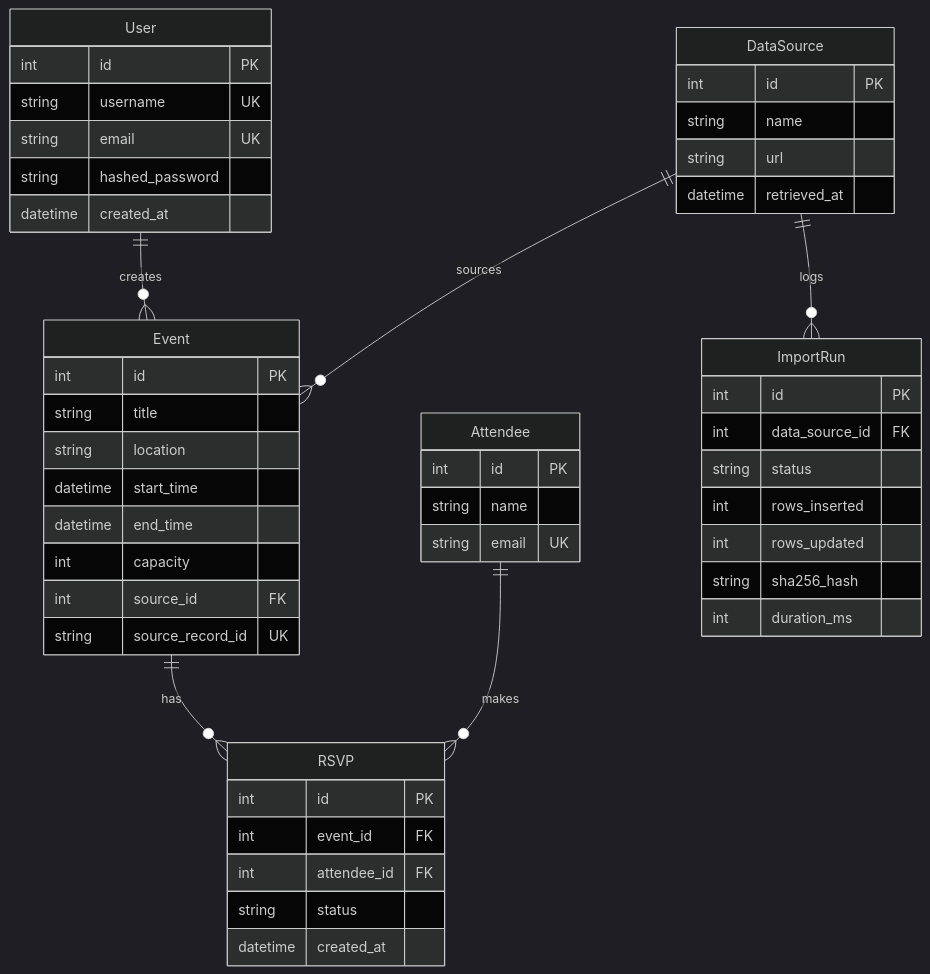
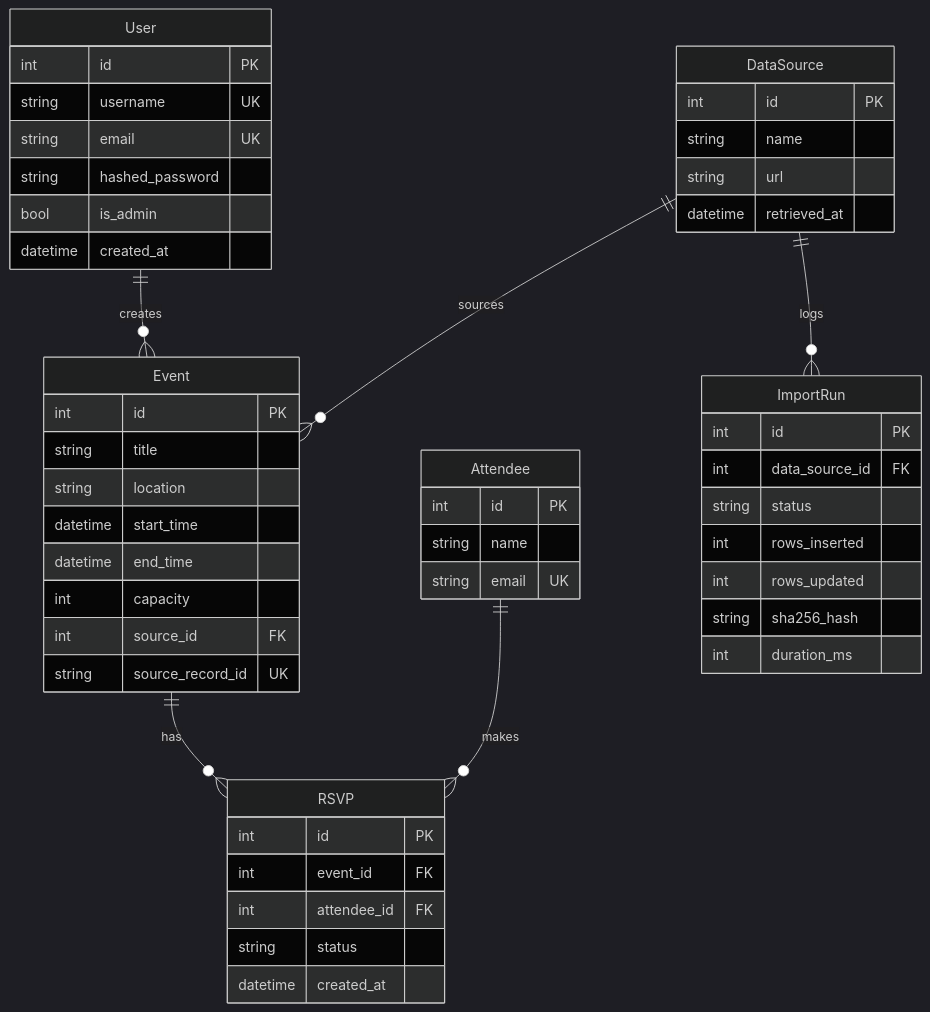
One commit to NathS04/comp3011-cw1-api changed the second of 2 diagrams in TECHNICAL_REPORT.md. Above: the diagram before and after it, drawn with Mermaid (dark theme). The commit also changed other lines of this file, not shown here.

Commit message:
docs(report): sync ERD/security/testing/eval (39 tests, ETag)

````diff
--- a/TECHNICAL_REPORT.md
+++ b/TECHNICAL_REPORT.md
@@ -85,53 +110,54 @@
 ```mermaid
 erDiagram
     User {
         int id PK
         string username UK
         string email UK
         string hashed_password
+        bool is_admin
         datetime created_at
     }
     Event {
         int id PK
         string title
         string location
         datetime start_time
         datetime end_time
         int capacity
         int source_id FK
         string source_record_id UK
     }
     Attendee {
         int id PK
         string name
         string email UK
     }
     RSVP {
         int id PK
         int event_id FK
         int attendee_id FK
         string status
         datetime created_at
     }
     DataSource {
         int id PK
         string name
         string url
         datetime retrieved_at
     }
     ImportRun {
         int id PK
         int data_source_id FK
         string status
         int rows_inserted
         int rows_updated
         string sha256_hash
         int duration_ms
     }
     
     User ||--o{ Event : creates
     Event ||--o{ RSVP : has
     Attendee ||--o{ RSVP : makes
     DataSource ||--o{ ImportRun : logs
     DataSource ||--o{ Event : sources
 ```
````
